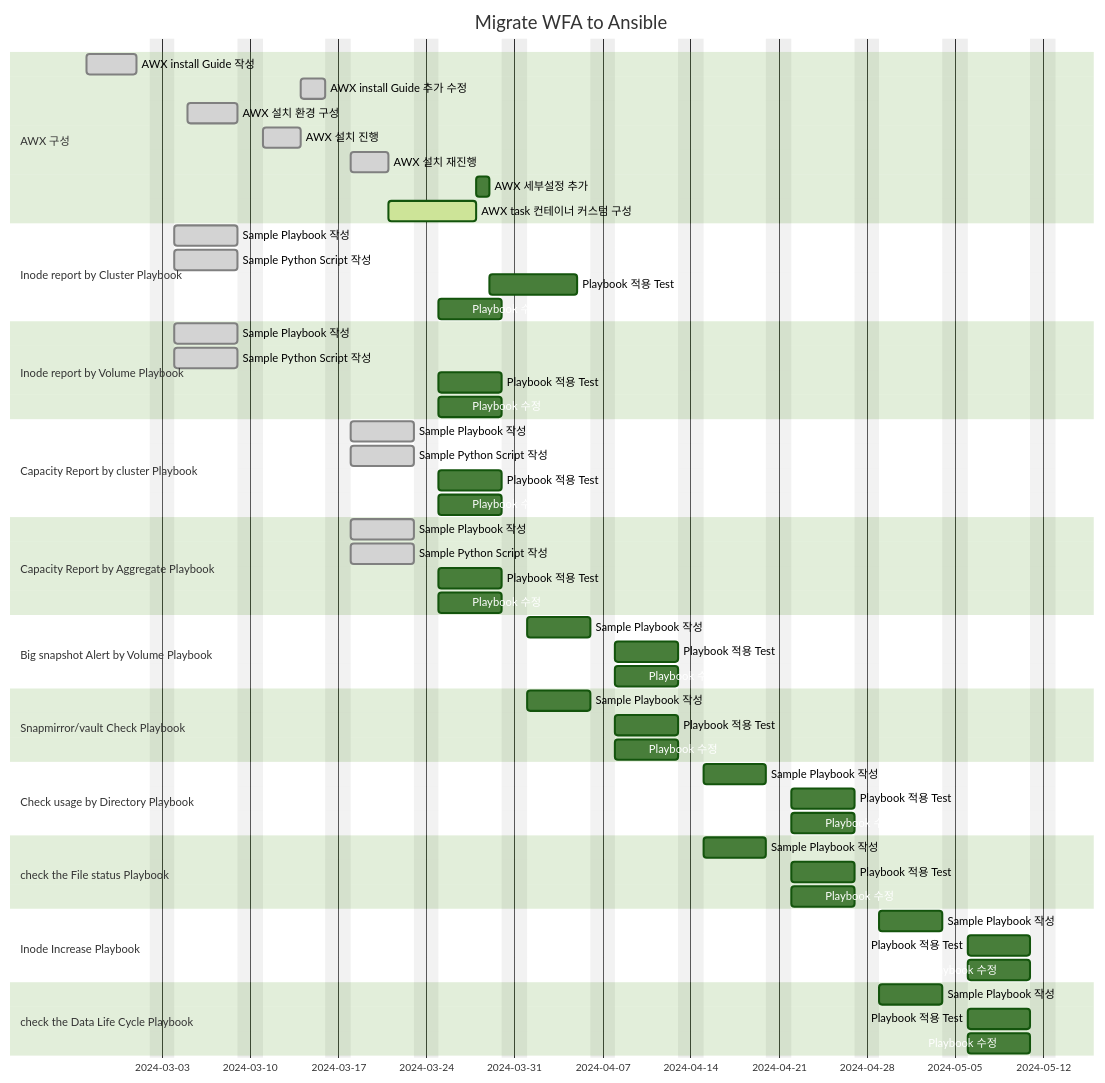
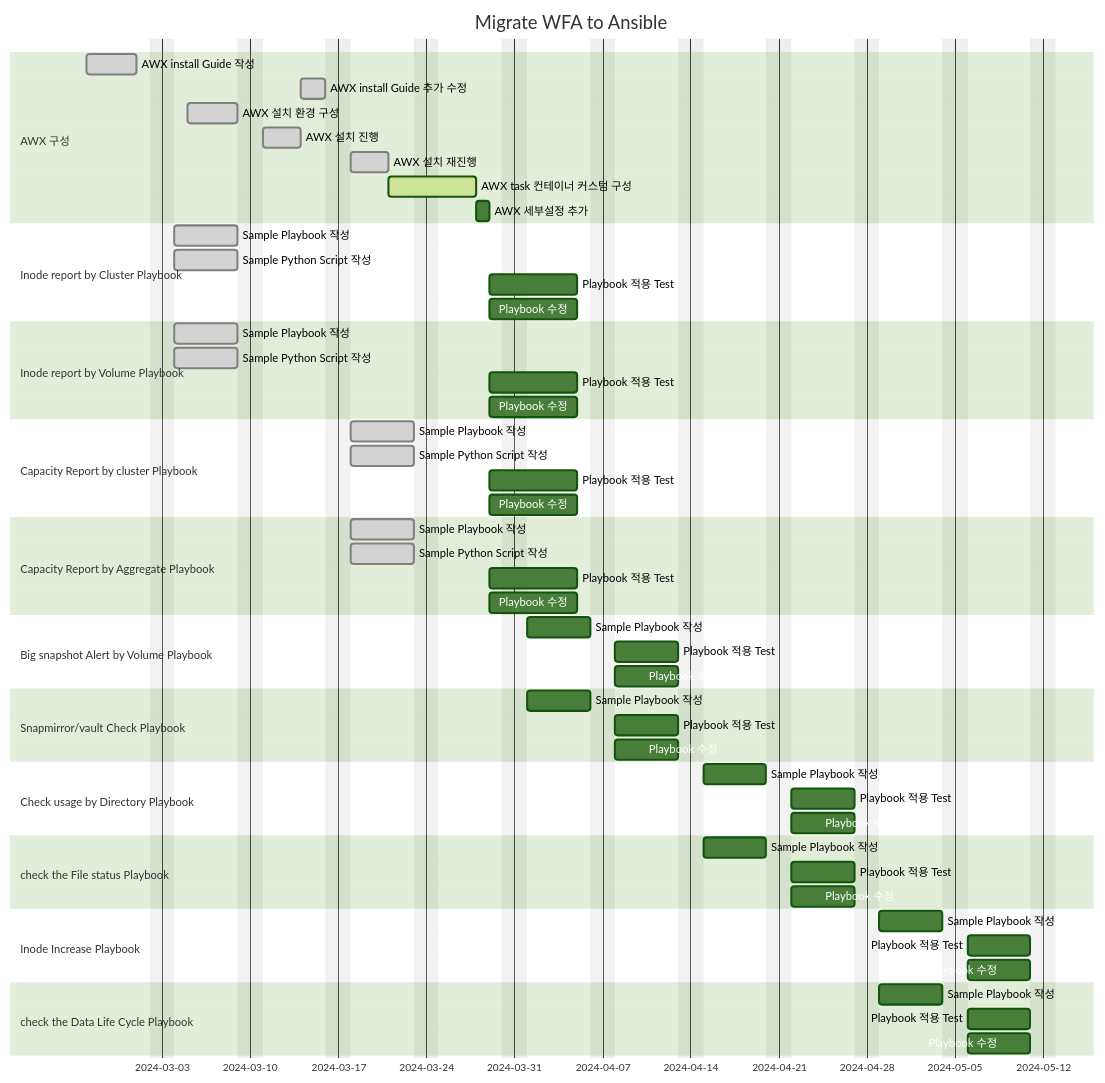
Before and after one commit to netappkr/AnsiblePlaybook: the diagram in SKHynix/Readme.md, drawn with Mermaid (forest theme). The commit also changed other lines of this file, not shown here.

````diff
--- a/SKHynix/Readme.md
+++ b/SKHynix/Readme.md
@@ -64,69 +64,70 @@
 ```mermaid
 gantt
     title Migrate WFA to Ansible
     dateFormat  YYYY-MM-DD
     excludes    weekends
 
     section AWX 구성
     AWX install Guide 작성  : done, awx1, 2024-02-26, 4d
     AWX install Guide 추가 수정  : done, awx1-1, after awx3, 2d
     AWX 설치 환경 구성  : done, awx2, 2024-03-05, 4d
     AWX 설치 진행 : done, awx3, after awx2 , 3d
     AWX 설치 재진행 : done, awx3-1, after awx1-1 , 3d
+    AWX task 컨테이너 커스텀 구성: active, awx3-2, after awx3-1, 5d
     AWX 세부설정 추가 : awx4, after awx3-2, 1d
-    AWX task 컨테이너 커스텀 구성: active, awx3-2, after awx3-1, 5d
+    
 
     section Inode report by Cluster Playbook
     Sample Playbook 작성 : done,p1-1, 2024-03-04, 5d
     Sample Python Script 작성 : done, p1-2, 2024-03-04, 5d
     Playbook 적용 Test: p1-3, after awx4,  5d
-    Playbook 수정 : p1-4, 2024-03-25 , 5d
+    Playbook 수정 : p1-4, after awx4 , 5d
 
     section Inode report by Volume Playbook
     Sample Playbook 작성 : done, p2-1, 2024-03-04, 5d
     Sample Python Script 작성 : done, p2-2, 2024-03-04, 5d
-    Playbook 적용 Test: p2-3, 2024-03-25,  5d
-    Playbook 수정 : p2-4, 2024-03-25 , 5d
+    Playbook 적용 Test: p2-3, after awx4,  5d
+    Playbook 수정 : p2-4, after awx4 , 5d
 
     section Capacity Report by cluster Playbook
     Sample Playbook 작성 : done, p3-1, 2024-03-18, 5d
     Sample Python Script 작성 : done, p3-2, 2024-03-18, 5d
-    Playbook 적용 Test: p3-3, after p3-1,  5d
-    Playbook 수정 : p3-4, after p3-1 , 5d
+    Playbook 적용 Test: p3-3, after awx4,  5d
+    Playbook 수정 : p3-4, after awx4 , 5d
 
     section Capacity Report by Aggregate Playbook
     Sample Playbook 작성 : done, p4-1, 2024-03-18, 5d
     Sample Python Script 작성 : done, p4-2, 2024-03-18, 5d
-    Playbook 적용 Test: p4-3, after p4-1,  5d
-    Playbook 수정 : p4-3, after p4-1 , 5d
+    Playbook 적용 Test: p4-3, after awx4,  5d
+    Playbook 수정 : p4-3, after awx4 , 5d
 
     section Big snapshot Alert by Volume Playbook
     Sample Playbook 작성 : p5-1, 2024-04-01, 5d
     Playbook 적용 Test: p5-2, after p5-1,  5d
     Playbook 수정 : p5-3, after p5-1 , 5d
 
     section Snapmirror/vault Check Playbook
     Sample Playbook 작성 : p6-1, 2024-04-01, 5d
     Playbook 적용 Test: p6-2, after p6-1,  5d
     Playbook 수정 : p6-3, after p6-1 , 5d
 
     section Check usage by Directory Playbook
     Sample Playbook 작성 : p7-1, 2024-04-15, 5d
     Playbook 적용 Test: p7-2, after p7-1,  5d
     Playbook 수정 : p7-3, after p7-1 , 5d
 
     section check the File status Playbook
     Sample Playbook 작성 : p8-1, 2024-04-15, 5d
     Playbook 적용 Test: p8-2, after p8-1,  5d
     Playbook 수정 : p8-3, after p8-1 , 5d
 
     section Inode Increase Playbook
     Sample Playbook 작성 : p9-1, 2024-04-29, 5d
     Playbook 적용 Test: p9-2, after p9-1,  5d
     Playbook 수정 : p9-3, after p9-1 , 5d
 
     section check the Data Life Cycle Playbook
     Sample Playbook 작성 : p10-1, 2024-04-29, 5d
     Playbook 적용 Test: p10-2, after p10-1,  5d
     Playbook 수정 : p10-3, after p10-1 , 5d
 ```
````
